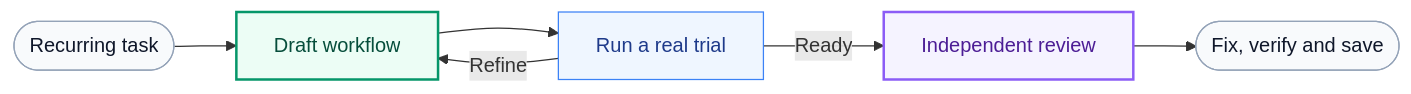
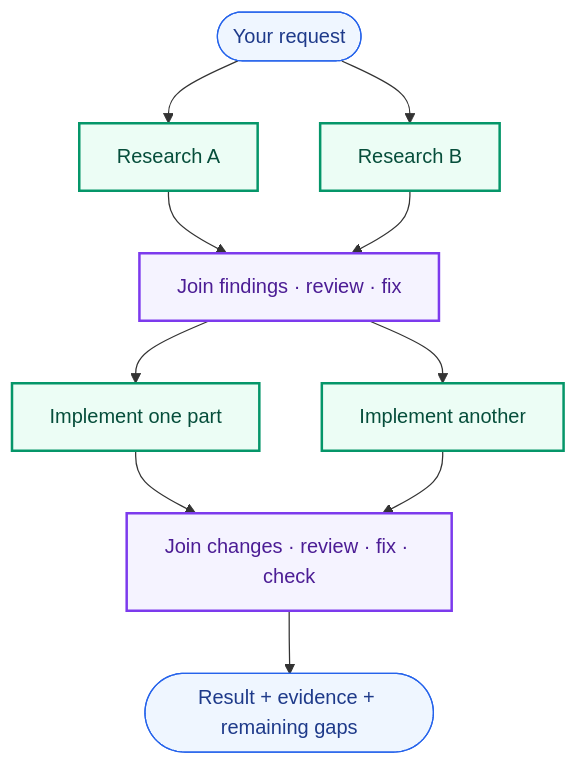
Before and after one commit to DanMcInerney/orchflows: the first of 2 diagrams in README.md, drawn with Mermaid. The commit also changed other lines of this file and 178 other files, not shown here.

````diff
--- a/README.md
+++ b/README.md
@@ -96,16 +27,14 @@
 ```mermaid
-flowchart LR
-    A([Recurring task]) --> W[Draft workflow]
-    W --> T[Run a real trial]
-    T -->|Refine| W
-    T -->|Ready| R[Independent review]
-    R --> D([Fix, verify and save])
+flowchart TB
+    T([Your request]) --> A[Research A] & B[Research B]
+    A & B --> R["Join findings · review · fix"]
+    R --> C[Implement one part] & D[Implement another]
+    C & D --> F["Join changes · review · fix · check"]
+    F --> O([Result + evidence + remaining gaps])
     classDef work fill:#ecfdf5,stroke:#059669,color:#064e3b,stroke-width:2px;
-    classDef review fill:#f5f3ff,stroke:#8b5cf6,color:#4c1d95,stroke-width:2px;
-    classDef coordinate fill:#eff6ff,stroke:#3b82f6,color:#1e3a8a;
-    classDef result fill:#f8fafc,stroke:#94a3b8,color:#0f172a;
-    class W work;
-    class R review;
-    class T coordinate;
-    class A,D result;
+    classDef review fill:#f5f3ff,stroke:#7c3aed,color:#4c1d95,stroke-width:2px;
+    classDef outcome fill:#eff6ff,stroke:#2563eb,color:#1e3a8a;
+    class A,B,C,D work;
+    class R,F review;
+    class T,O outcome;
 ```
````
